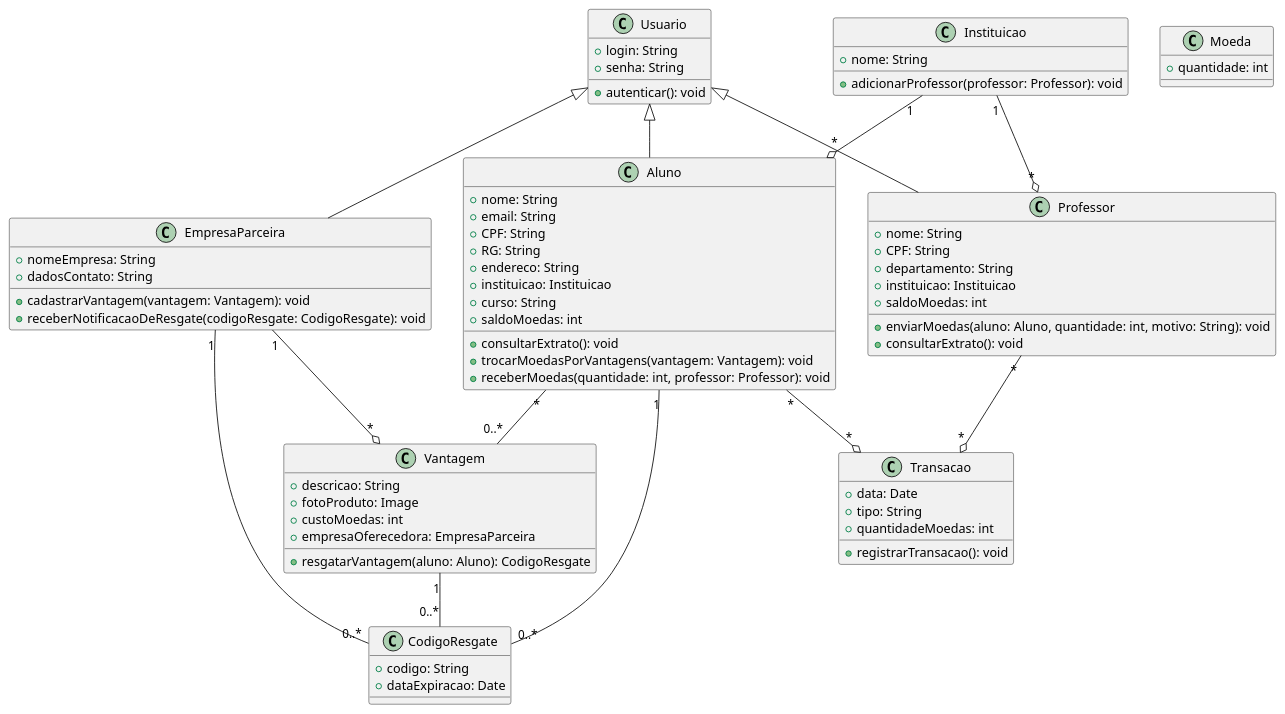
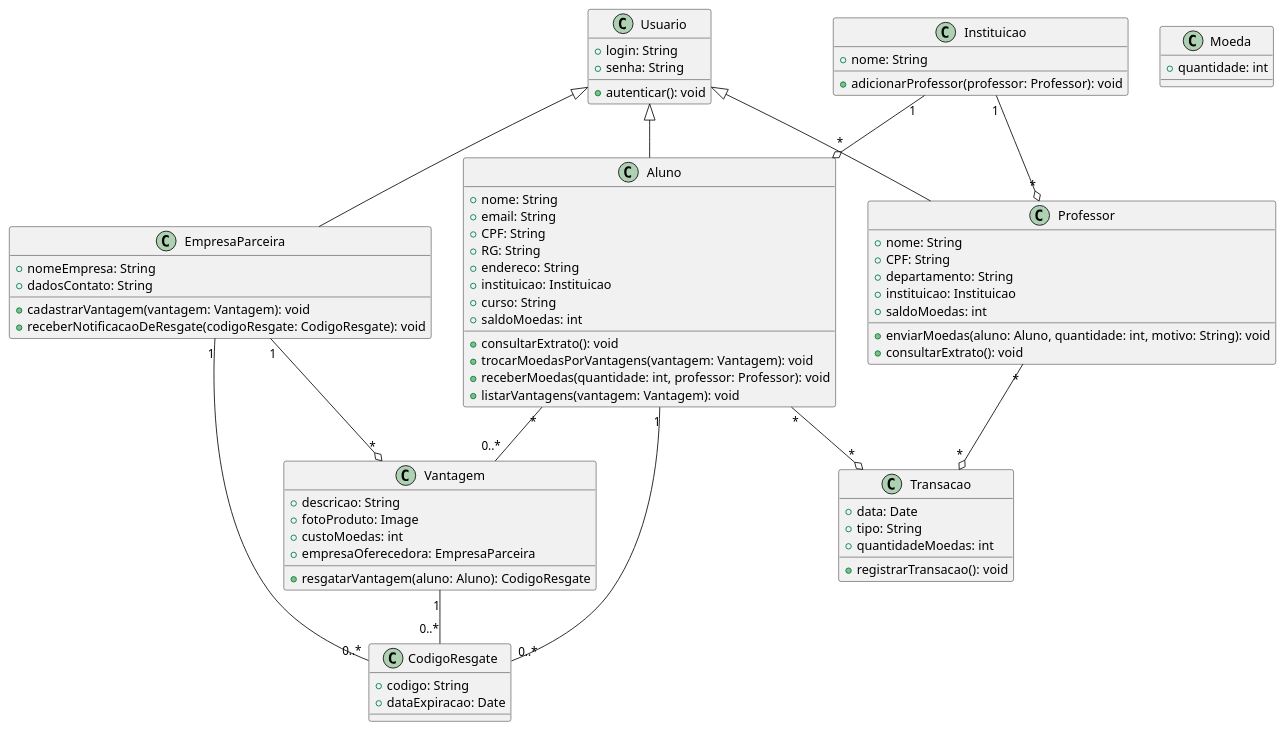
The diagram in Projeto/diagramaDeClasses.puml (JoaoRajao/SistemaMoedaEstudantil), drawn with PlantUML before and after one commit.

```diff
--- a/Projeto/diagramaDeClasses.puml
+++ b/Projeto/diagramaDeClasses.puml
@@ -1,86 +1,87 @@
 @startuml
 
 class Usuario {
   +login: String
   +senha: String
   +autenticar(): void
 }
 
 class Aluno {
   +nome: String
   +email: String
   +CPF: String
   +RG: String
   +endereco: String
   +instituicao: Instituicao
   +curso: String
   +saldoMoedas: int
   +consultarExtrato(): void
   +trocarMoedasPorVantagens(vantagem: Vantagem): void
   +receberMoedas(quantidade: int, professor: Professor): void
+  +listarVantagens(vantagem: Vantagem): void
 }
 
 class Professor {
   +nome: String
   +CPF: String
   +departamento: String
   +instituicao: Instituicao
   +saldoMoedas: int
   +enviarMoedas(aluno: Aluno, quantidade: int, motivo: String): void
   +consultarExtrato(): void
 }
 
 class EmpresaParceira {
   +nomeEmpresa: String
   +dadosContato: String
   +cadastrarVantagem(vantagem: Vantagem): void
   +receberNotificacaoDeResgate(codigoResgate: CodigoResgate): void
 }
 
 class Instituicao {
   +nome: String
   +adicionarProfessor(professor: Professor): void
 }
 
 class Moeda {
   +quantidade: int
 }
 
 class Vantagem {
   +descricao: String
   +fotoProduto: Image
   +custoMoedas: int
   +empresaOferecedora: EmpresaParceira
   +resgatarVantagem(aluno: Aluno): CodigoResgate
 }
 
 class Transacao {
   +data: Date
   +tipo: String
   +quantidadeMoedas: int
   +registrarTransacao(): void
 }
 
 class CodigoResgate {
   +codigo: String
   +dataExpiracao: Date
 }
 
 Usuario <|-- Aluno
 Usuario <|-- Professor
 Usuario <|-- EmpresaParceira
 
 Instituicao "1" --o "*" Professor
 Instituicao "1" --o "*" Aluno
 
 Aluno "*" --o "*" Transacao
 Professor "*" --o "*" Transacao
 
 Aluno "1" -- "0..*" CodigoResgate
 EmpresaParceira "1" -- "0..*" CodigoResgate
 Vantagem "1" -- "0..*" CodigoResgate
 
 EmpresaParceira "1" --o "*" Vantagem
 Aluno "*" -- "0..*" Vantagem
 
 @enduml
```
